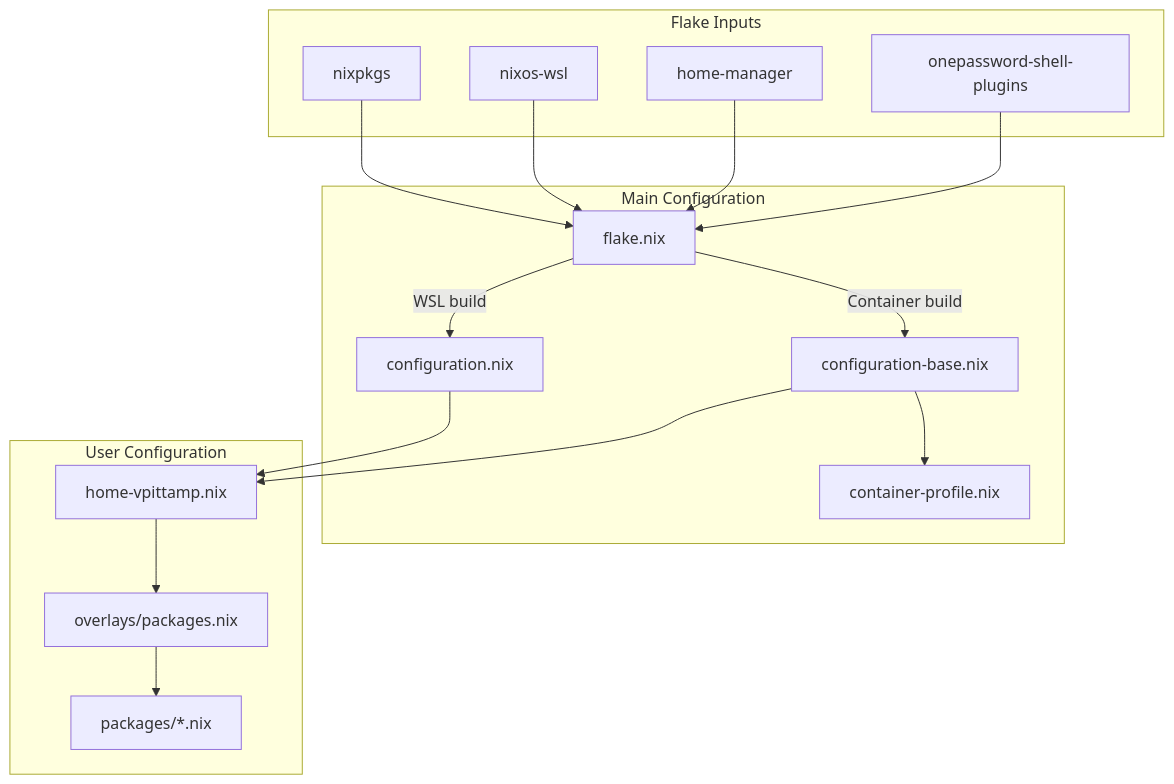
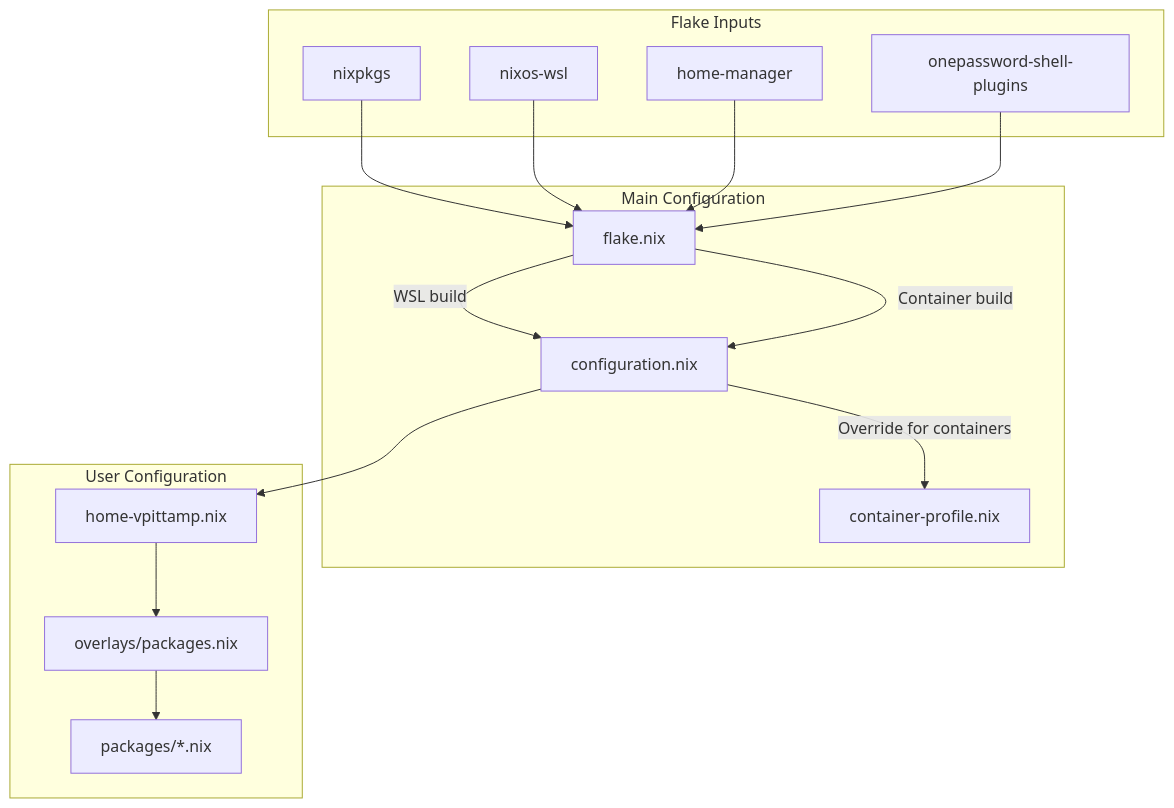
One commit to vpittamp/nixos-config changed the fourth of 10 diagrams in ARCHITECTURE.md. Above: the diagram before and after it, drawn with Mermaid. The commit also changed other lines of this file and 21 other files, not shown here.

First line of the commit message:
Refactor: Modularize NixOS configuration

````diff
--- a/ARCHITECTURE.md
+++ b/ARCHITECTURE.md
@@ -111,36 +111,34 @@
 ```mermaid
 graph TD
     subgraph "Flake Inputs"
         NIXPKGS[nixpkgs]
         WSL_MOD[nixos-wsl]
         HM[home-manager]
         OP[onepassword-shell-plugins]
     end
     
     subgraph "Main Configuration"
         FLAKE[flake.nix]
         MAIN[configuration.nix]
-        BASE[configuration-base.nix]
         CONT[container-profile.nix]
     end
     
     subgraph "User Configuration"
         HOME_CONFIG[home-vpittamp.nix]
         PACKAGES[overlays/packages.nix]
         CUSTOM[packages/*.nix]
     end
     
     NIXPKGS --> FLAKE
     WSL_MOD --> FLAKE
     HM --> FLAKE
     OP --> FLAKE
     
     FLAKE --> |"WSL build"| MAIN
-    FLAKE --> |"Container build"| BASE
-    BASE --> CONT
+    FLAKE --> |"Container build"| MAIN
+    MAIN --> |"Override for containers"| CONT
     
     MAIN --> HOME_CONFIG
-    BASE --> HOME_CONFIG
     HOME_CONFIG --> PACKAGES
     PACKAGES --> CUSTOM
 ```
````
